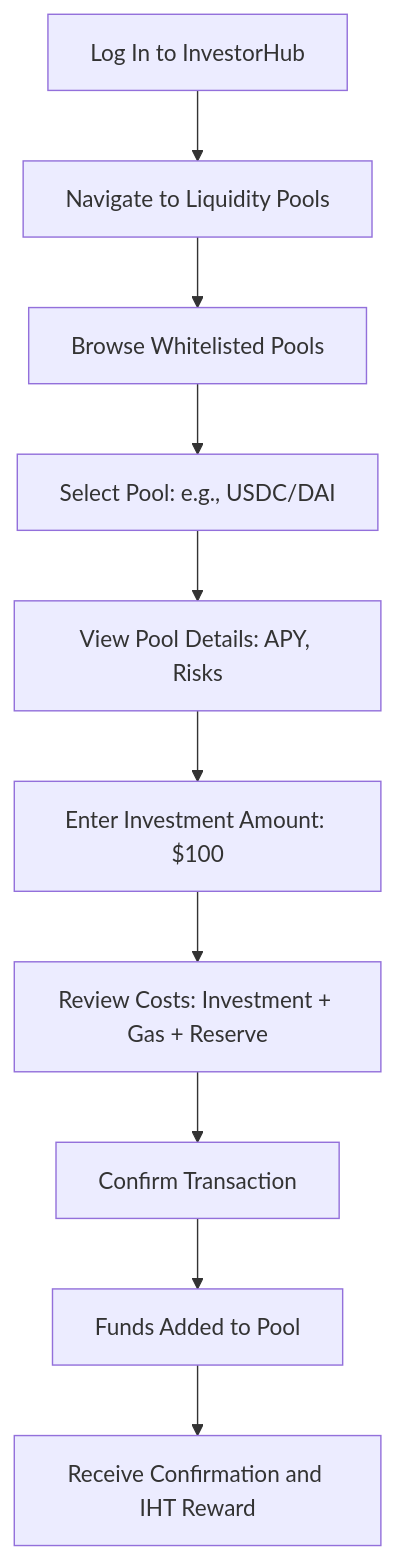
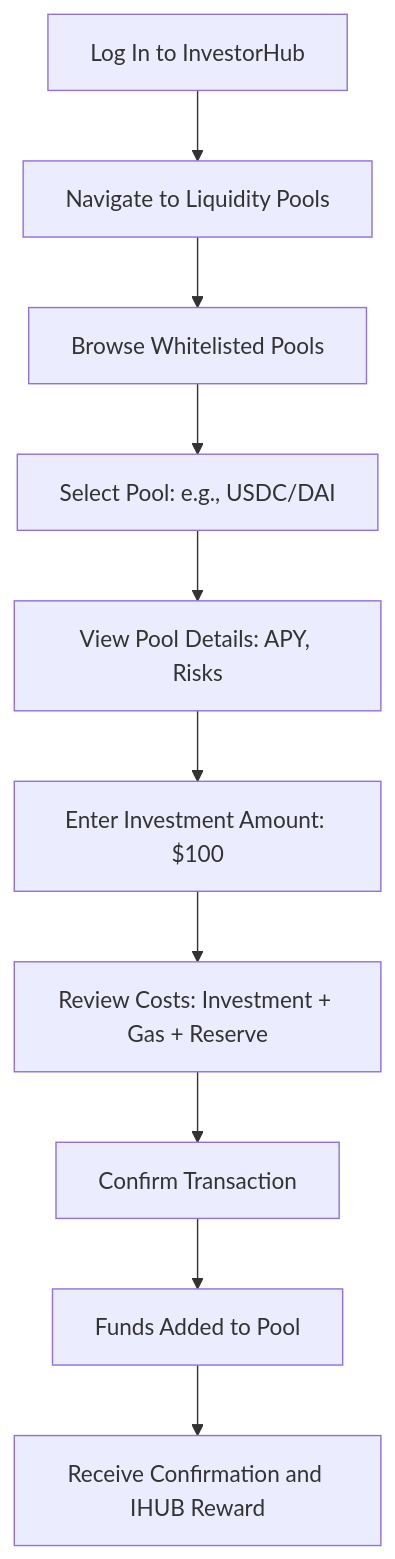
The third of 5 diagrams in README.md (aquental/chainlink-hackathon), drawn with Mermaid before and after one commit. The commit also changed other lines of this file, not shown here.

````diff
--- a/README.md
+++ b/README.md
@@ -135,12 +141,12 @@
 ```mermaid
 flowchart TD
     A[Log In to InvestorHub] --> B[Navigate to Liquidity Pools]
     B --> C[Browse Whitelisted Pools]
     C --> D[Select Pool: e.g., USDC/DAI]
     D --> E[View Pool Details: APY, Risks]
     E --> F[Enter Investment Amount: $100]
     F --> G[Review Costs: Investment + Gas + Reserve]
     G --> H[Confirm Transaction]
     H --> I[Funds Added to Pool]
-    I --> J[Receive Confirmation and IHT Reward]
+    I --> J[Receive Confirmation and IHUB Reward]
 ```
````
